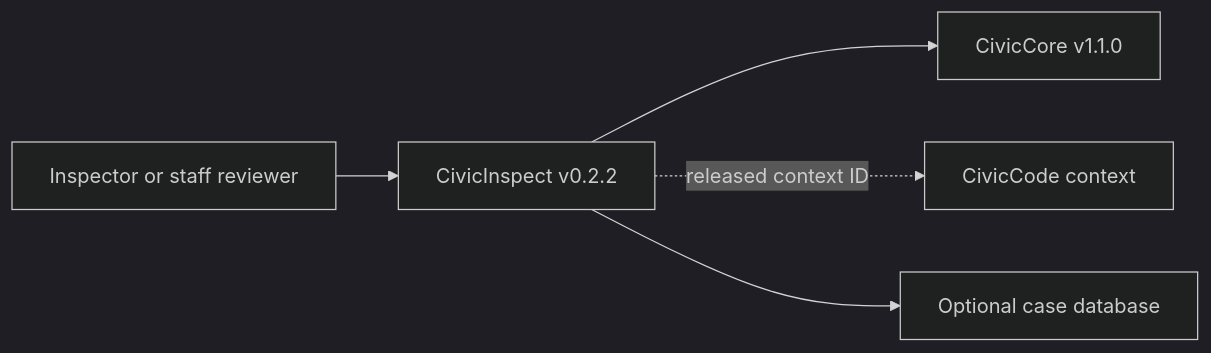
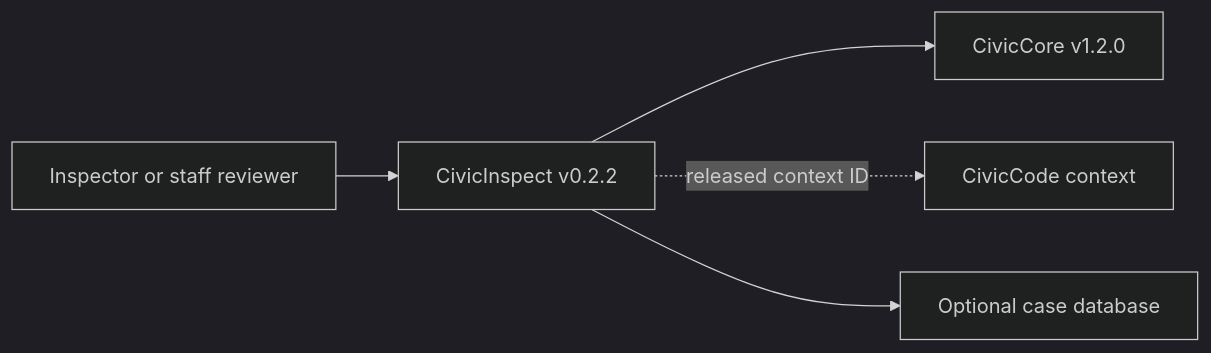
One commit to CivicSuite/civicinspect changed the diagram in USER-MANUAL.md. Above: the diagram before and after it, drawn with Mermaid (dark theme). The commit also changed other lines of this file and 9 other files, not shown here.

````diff
--- a/USER-MANUAL.md
+++ b/USER-MANUAL.md
@@ -36,7 +36,7 @@
 ```mermaid
 flowchart LR
   Staff["Inspector or staff reviewer"] --> CivicInspect["CivicInspect v0.2.2"]
-  CivicInspect --> CivicCore["CivicCore v1.1.0"]
+  CivicInspect --> CivicCore["CivicCore v1.2.0"]
   CivicInspect -. released context ID .-> CivicCode["CivicCode context"]
   CivicInspect --> DB["Optional case database"]
 ```
````
